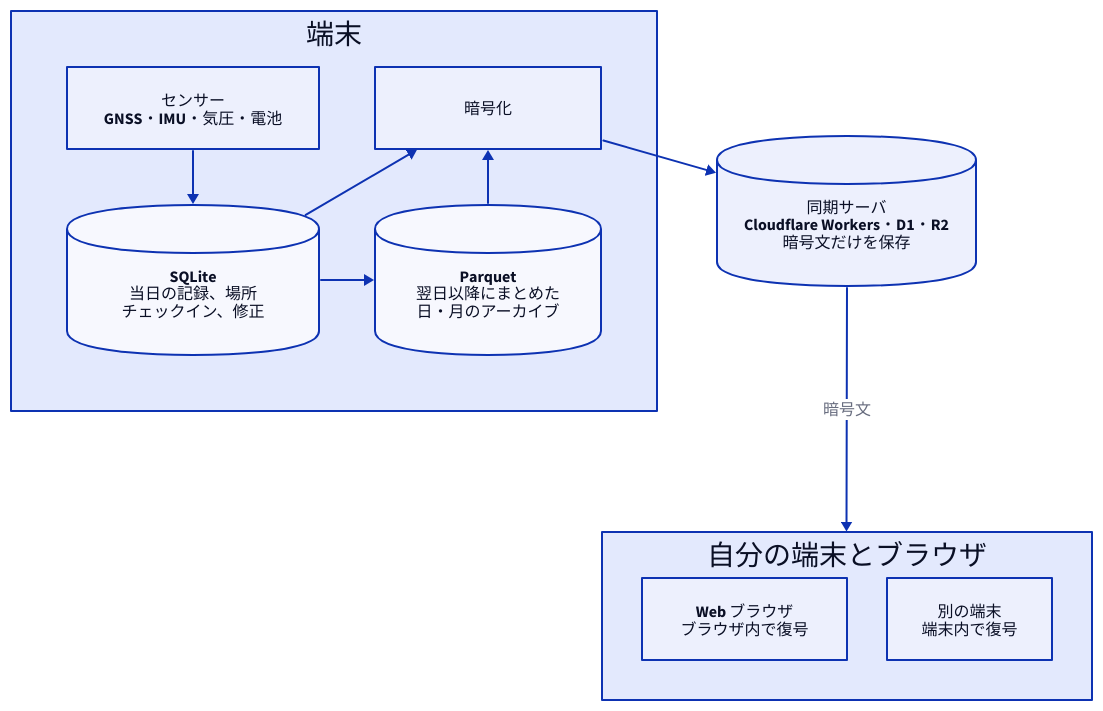
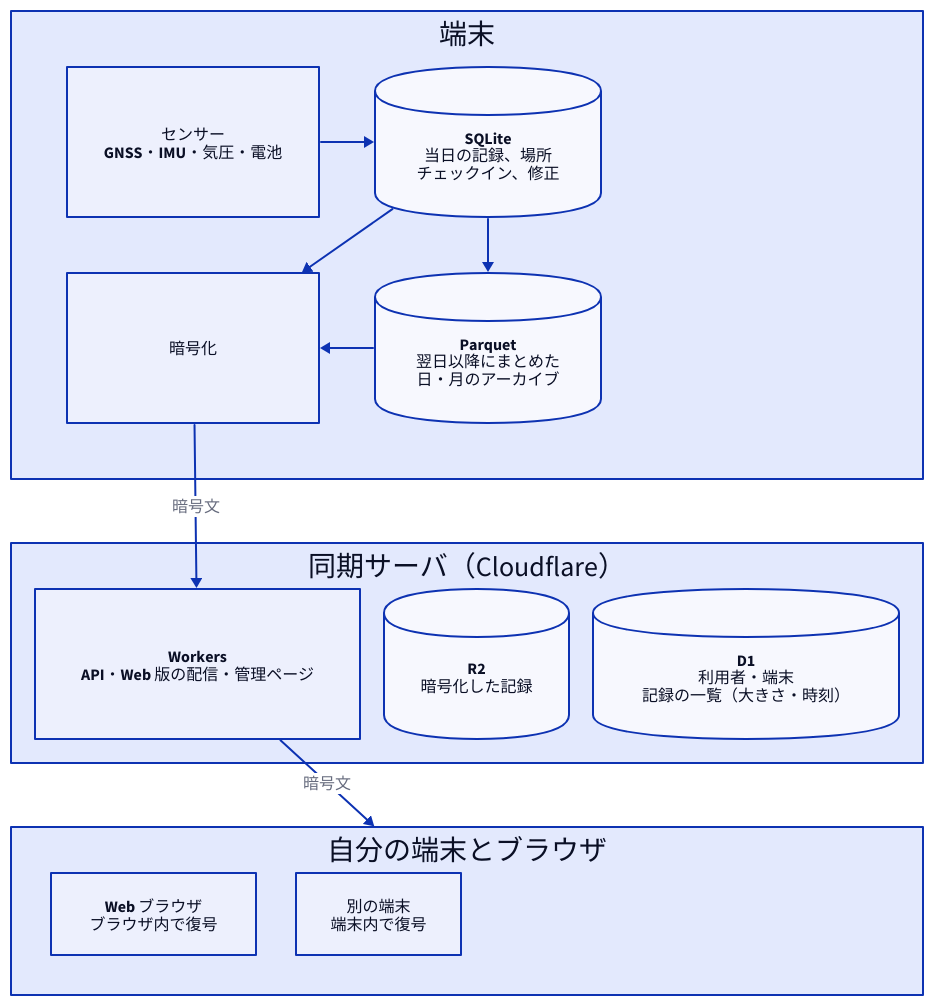
One commit to sksat/ashidori changed the diagram in docs/diagrams/readme-dataflow.d2. Above: the diagram before and after it, drawn with D2. The commit also changed 2 other files, not shown here.

Commit message:
README: what the sync server holds, in the diagram and a table
The server box becomes Workers (API, web viewer, admin page), R2 (encrypted records) and D1 (users, devices, the list of records), and the 同期 section lists what the server holds and whether its operator can see it.

Claude-Session: https://claude.ai/code/session_017t1ggPhSxMpk4m7mc72YJC

```diff
--- a/docs/diagrams/readme-dataflow.d2
+++ b/docs/diagrams/readme-dataflow.d2
@@ -1,30 +1,39 @@
 # 記録と同期（README）
 # 復号できるのは利用者の端末とペアリングしたブラウザだけで、同期サーバには暗号文だけが届く。
 direction: down
+grid-rows: 3
+grid-gap: 64
 
 phone: 端末 {
   grid-columns: 2
   grid-gap: 56
-  # The grid fills column by column: sensors over db, enc over archive.
+  # The grid fills column by column: sensors over enc, db over archive,
+  # so the ciphertext leaves from the bottom left, straight down to the server.
   sensors: "センサー\nGNSS・IMU・気圧・電池"
+  enc: 暗号化
   db: "SQLite\n当日の記録、場所\nチェックイン、修正" {shape: cylinder}
-  enc: 暗号化
   archive: "Parquet\n翌日以降にまとめた\n日・月のアーカイブ" {shape: cylinder}
 
   sensors -> db
   db -> archive
   archive -> enc
   db -> enc
 }
 
-server: "同期サーバ\nCloudflare Workers・D1・R2\n暗号文だけを保存" {shape: cylinder}
+server: "同期サーバ（Cloudflare）" {
+  grid-columns: 3
+  grid-gap: 24
+  workers: "Workers\nAPI・Web 版の配信・管理ページ"
+  r2: "R2\n暗号化した記録" {shape: cylinder}
+  d1: "D1\n利用者・端末\n記録の一覧（大きさ・時刻）" {shape: cylinder}
+}
 
 readers: "自分の端末とブラウザ" {
   grid-columns: 2
   grid-gap: 40
   web: "Web ブラウザ\nブラウザ内で復号"
   other: "別の端末\n端末内で復号"
 }
 
-phone.enc -> server
-server -> readers: 暗号文
+phone.enc -> server.workers: 暗号文
+server.workers -> readers: 暗号文
```
